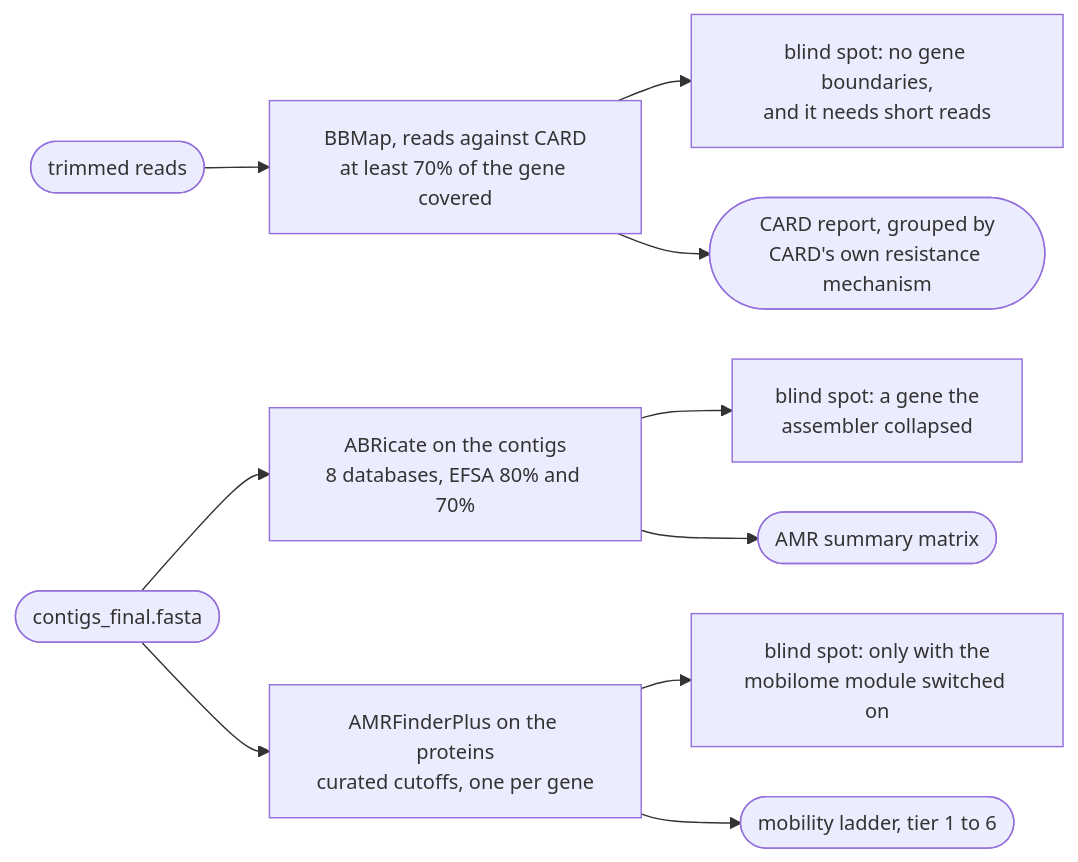
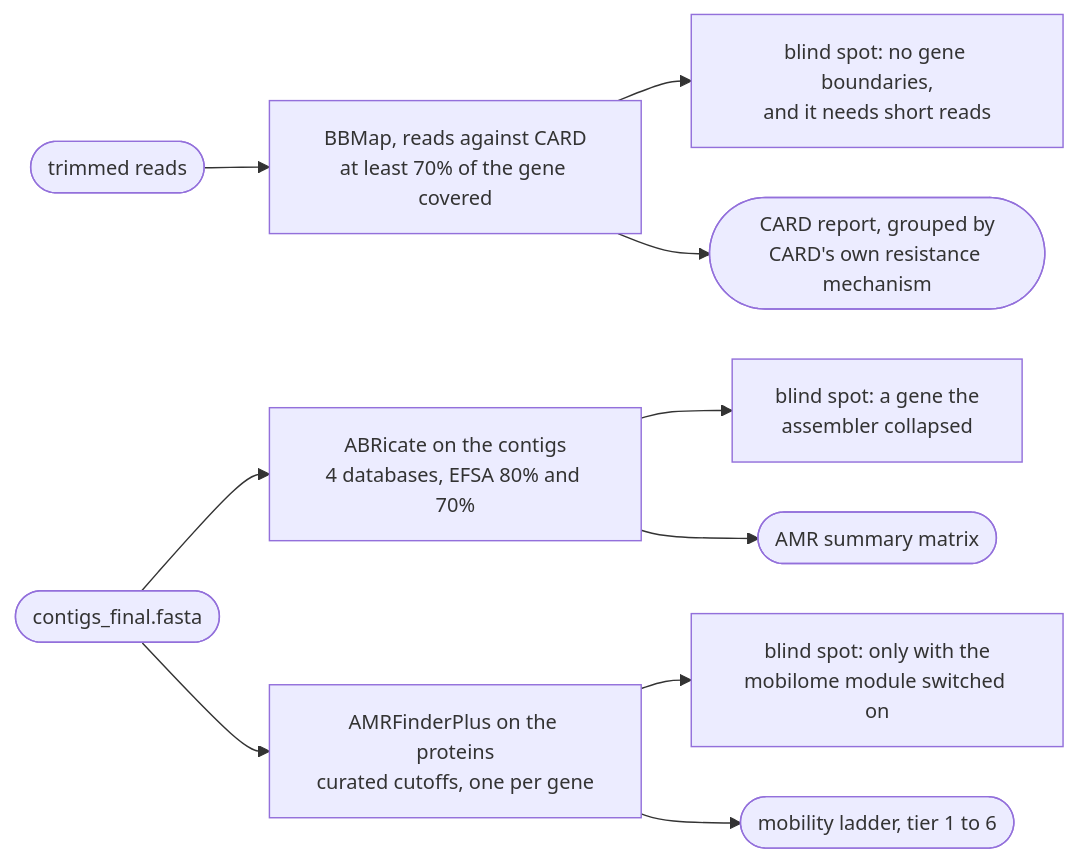
Before and after one commit to iLivius/BacFlux: the third of 3 diagrams in docs/architecture.md, drawn with Mermaid. The commit also changed 15 other files, not shown here.

First line of the commit message:
Screen four maintained ABRicate databases and add virulence genes to the AMR workbook

````diff
--- a/docs/architecture.md
+++ b/docs/architecture.md
@@ -110,29 +110,29 @@
 ```mermaid
 ---
 config:
   themeVariables:
     fontSize: 14px
   flowchart:
     nodeSpacing: 35
     rankSpacing: 35
 ---
 flowchart LR
     R([trimmed reads])
     F([contigs_final.fasta])
 
-    A[ABRicate on the contigs<br/>8 databases, EFSA 80% and 70%]
+    A[ABRicate on the contigs<br/>4 databases, EFSA 80% and 70%]
     B[BBMap, reads against CARD<br/>at least 70% of the gene covered]
     P[AMRFinderPlus on the proteins<br/>curated cutoffs, one per gene]
 
     F --> A
     R --> B
     F --> P
 
     A --> AW[blind spot: a gene the<br/>assembler collapsed]
     B --> BW[blind spot: no gene boundaries,<br/>and it needs short reads]
     P --> PW[blind spot: only with the<br/>mobilome module switched on]
 
     A --> S([AMR summary matrix])
     B --> CR([CARD report, grouped by<br/>CARD's own resistance mechanism])
     P --> M([mobility ladder, tier 1 to 6])
 ```
````
